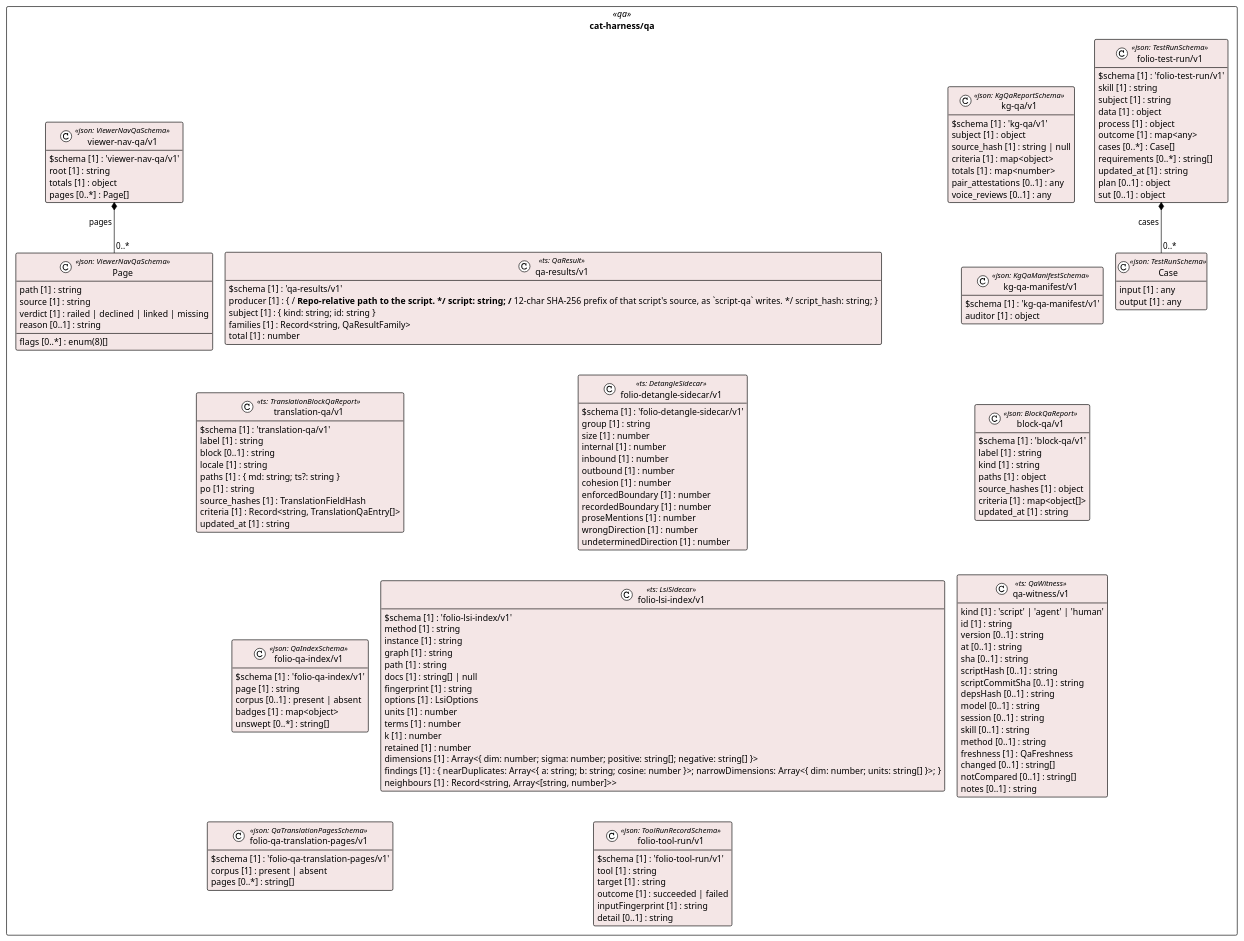
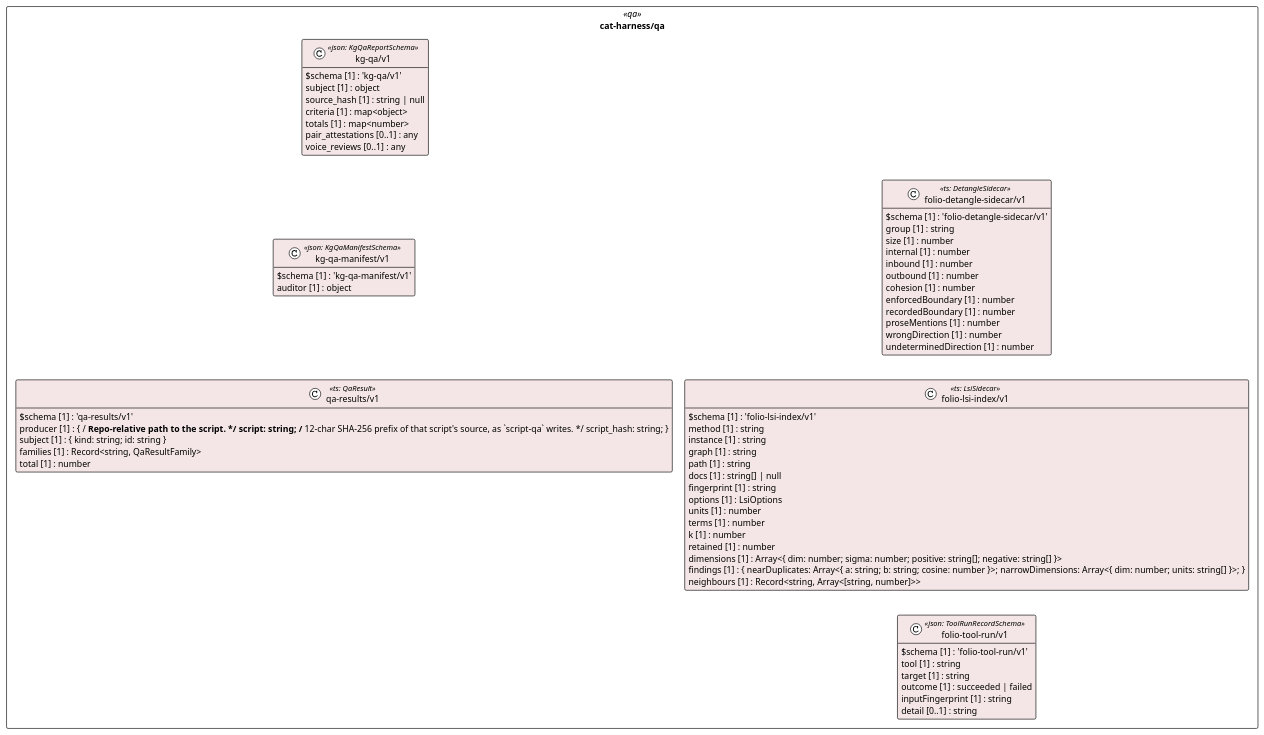
Before and after one commit to litlfred/folio-assistant: the diagram in cat-harness/uml/overview/cat-harness/qa.puml, drawn with PlantUML. The commit also changed 74 other files, not shown here.

First line of the commit message:
DAK L1 library: Component 1's cited sources are always ingested, and graphed (beans 5uyl, piw1)

```diff
--- a/cat-harness/uml/overview/cat-harness/qa.puml
+++ b/cat-harness/uml/overview/cat-harness/qa.puml
@@ -3,153 +3,71 @@
 @startuml cat_harness_qa
 !pragma layout elk
 !theme plain
 skinparam classAttributeIconSize 0
 skinparam shadowing false
 skinparam packageStyle rectangle
 hide empty methods
 
 package "cat-harness/qa" as pkg_cat_harness_qa <<qa>> {
   class "kg-qa/v1" as cat_harness_qa_kg_qa_v1_kg_qa_v1 <<json: KgQaReportSchema>> #f4e6e6 {
     $schema [1] : 'kg-qa/v1'
     subject [1] : object
     source_hash [1] : string | null
     criteria [1] : map<object>
     totals [1] : map<number>
     pair_attestations [0..1] : any
     voice_reviews [0..1] : any
   }
   class "kg-qa-manifest/v1" as cat_harness_qa_kg_qa_manifest_v1_kg_qa_manifest_v1 <<json: KgQaManifestSchema>> #f4e6e6 {
     $schema [1] : 'kg-qa-manifest/v1'
     auditor [1] : object
   }
-  class "block-qa/v1" as cat_harness_qa_block_qa_v1_block_qa_v1 <<json: BlockQaReport>> #f4e6e6 {
-    $schema [1] : 'block-qa/v1'
-    label [1] : string
-    kind [1] : string
-    paths [1] : object
-    source_hashes [1] : object
-    criteria [1] : map<object[]>
-    updated_at [1] : string
-  }
-  class "Case" as cat_harness_qa_folio_test_run_v1_Case <<json: TestRunSchema>> #f4e6e6 {
-    input [1] : any
-    output [1] : any
-  }
-  class "folio-test-run/v1" as cat_harness_qa_folio_test_run_v1_folio_test_run_v1 <<json: TestRunSchema>> #f4e6e6 {
-    $schema [1] : 'folio-test-run/v1'
-    skill [1] : string
-    subject [1] : string
-    data [1] : object
-    process [1] : object
-    outcome [1] : map<any>
-    cases [0..*] : Case[]
-    requirements [0..*] : string[]
-    updated_at [1] : string
-    plan [0..1] : object
-    sut [0..1] : object
-  }
-  class "qa-witness/v1" as cat_harness_qa_qa_witness_v1 <<ts: QaWitness>> #f4e6e6 {
-    kind [1] : 'script' | 'agent' | 'human'
-    id [1] : string
-    version [0..1] : string
-    at [0..1] : string
-    sha [0..1] : string
-    scriptHash [0..1] : string
-    scriptCommitSha [0..1] : string
-    depsHash [0..1] : string
-    model [0..1] : string
-    session [0..1] : string
-    skill [0..1] : string
-    method [0..1] : string
-    freshness [1] : QaFreshness
-    changed [0..1] : string[]
-    notCompared [0..1] : string[]
-    notes [0..1] : string
-  }
   class "qa-results/v1" as cat_harness_qa_qa_results_v1 <<ts: QaResult>> #f4e6e6 {
     $schema [1] : 'qa-results/v1'
     producer [1] : { /** Repo-relative path to the script. */ script: string; /** 12-char SHA-256 prefix of that script's source, as `script-qa` writes. */ script_hash: string; }
     subject [1] : { kind: string; id: string }
     families [1] : Record<string, QaResultFamily>
     total [1] : number
-  }
-  class "translation-qa/v1" as cat_harness_qa_translation_qa_v1 <<ts: TranslationBlockQaReport>> #f4e6e6 {
-    $schema [1] : 'translation-qa/v1'
-    label [1] : string
-    block [0..1] : string
-    locale [1] : string
-    paths [1] : { md: string; ts?: string }
-    po [1] : string
-    source_hashes [1] : TranslationFieldHash
-    criteria [1] : Record<string, TranslationQaEntry[]>
-    updated_at [1] : string
-  }
-  class "folio-qa-index/v1" as cat_harness_qa_folio_qa_index_v1_folio_qa_index_v1 <<json: QaIndexSchema>> #f4e6e6 {
-    $schema [1] : 'folio-qa-index/v1'
-    page [1] : string
-    corpus [0..1] : present | absent
-    badges [1] : map<object>
-    unswept [0..*] : string[]
-  }
-  class "folio-qa-translation-pages/v1" as cat_harness_qa_folio_qa_translation_pages_v1_folio_qa_translation_pages_v1 <<json: QaTranslationPagesSchema>> #f4e6e6 {
-    $schema [1] : 'folio-qa-translation-pages/v1'
-    corpus [1] : present | absent
-    pages [0..*] : string[]
   }
   class "folio-detangle-sidecar/v1" as cat_harness_qa_folio_detangle_sidecar_v1 <<ts: DetangleSidecar>> #f4e6e6 {
     $schema [1] : 'folio-detangle-sidecar/v1'
     group [1] : string
     size [1] : number
     internal [1] : number
     inbound [1] : number
     outbound [1] : number
     cohesion [1] : number
     enforcedBoundary [1] : number
     recordedBoundary [1] : number
     proseMentions [1] : number
     wrongDirection [1] : number
     undeterminedDirection [1] : number
   }
   class "folio-lsi-index/v1" as cat_harness_qa_folio_lsi_index_v1 <<ts: LsiSidecar>> #f4e6e6 {
     $schema [1] : 'folio-lsi-index/v1'
     method [1] : string
     instance [1] : string
     graph [1] : string
     path [1] : string
     docs [1] : string[] | null
     fingerprint [1] : string
     options [1] : LsiOptions
     units [1] : number
     terms [1] : number
     k [1] : number
     retained [1] : number
     dimensions [1] : Array<{ dim: number; sigma: number; positive: string[]; negative: string[] }>
     findings [1] : { nearDuplicates: Array<{ a: string; b: string; cosine: number }>; narrowDimensions: Array<{ dim: number; units: string[] }>; }
     neighbours [1] : Record<string, Array<[string, number]>>
   }
   class "folio-tool-run/v1" as cat_harness_qa_folio_tool_run_v1_folio_tool_run_v1 <<json: ToolRunRecordSchema>> #f4e6e6 {
     $schema [1] : 'folio-tool-run/v1'
     tool [1] : string
     target [1] : string
     outcome [1] : succeeded | failed
     inputFingerprint [1] : string
     detail [0..1] : string
   }
-  class "Page" as cat_harness_qa_viewer_nav_qa_v1_Page <<json: ViewerNavQaSchema>> #f4e6e6 {
-    path [1] : string
-    source [1] : string
-    verdict [1] : railed | declined | linked | missing
-    reason [0..1] : string
-    flags [0..*] : enum(8)[]
-  }
-  class "viewer-nav-qa/v1" as cat_harness_qa_viewer_nav_qa_v1_viewer_nav_qa_v1 <<json: ViewerNavQaSchema>> #f4e6e6 {
-    $schema [1] : 'viewer-nav-qa/v1'
-    root [1] : string
-    totals [1] : object
-    pages [0..*] : Page[]
-  }
 }
 
-cat_harness_qa_folio_test_run_v1_folio_test_run_v1 *-- "0..*" cat_harness_qa_folio_test_run_v1_Case : cases
-cat_harness_qa_viewer_nav_qa_v1_viewer_nav_qa_v1 *-- "0..*" cat_harness_qa_viewer_nav_qa_v1_Page : pages
 @enduml
```
